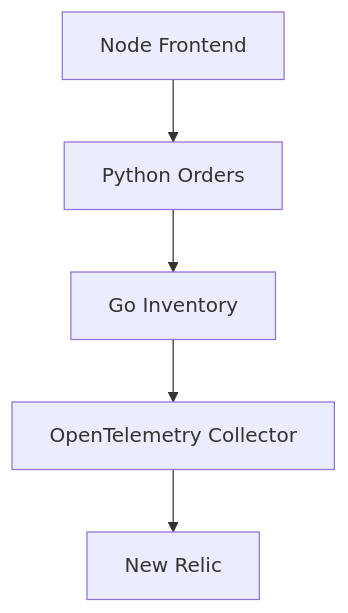
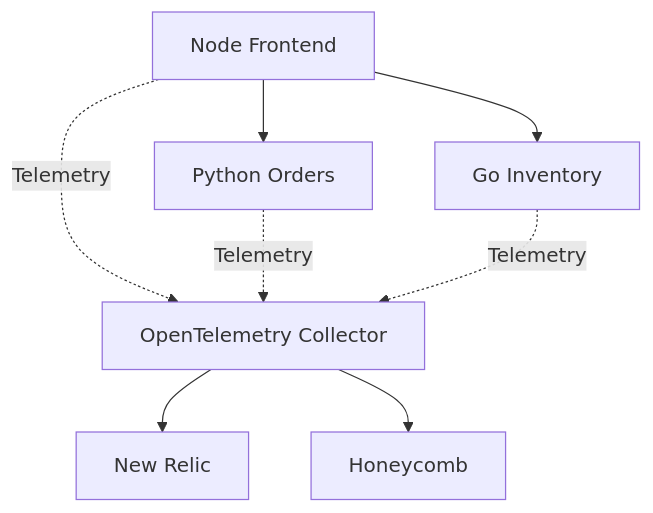
The first of 2 diagrams in README.md (sagarkpanda/otel-labs), drawn with Mermaid before and after one commit. The commit also changed other lines of this file, not shown here.

````diff
--- a/README.md
+++ b/README.md
@@ -23,7 +33,21 @@
 ```mermaid
-graph TD
-    A[Node Frontend] --> B[Python Orders]
-    B --> C[Go Inventory]
-    C --> D[OpenTelemetry Collector]
-    D --> E[New Relic]
+flowchart TB
+
+    N["Node Frontend"]
+
+    P["Python Orders"]
+
+    G["Go Inventory"]
+
+    O["OpenTelemetry Collector"]
+
+    N --> P
+    N --> G
+
+    N -. Telemetry .-> O
+    P -. Telemetry .-> O
+    G -. Telemetry .-> O
+
+    O --> NR["New Relic"]
+    O --> HC["Honeycomb"]
 ```
````
